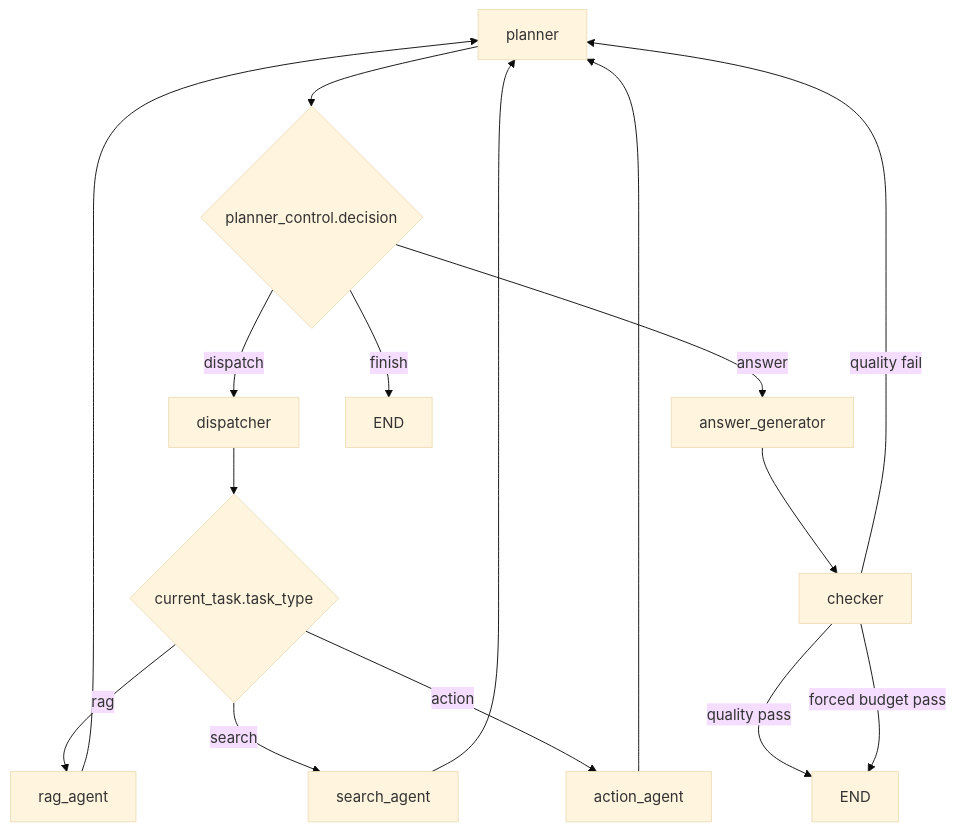
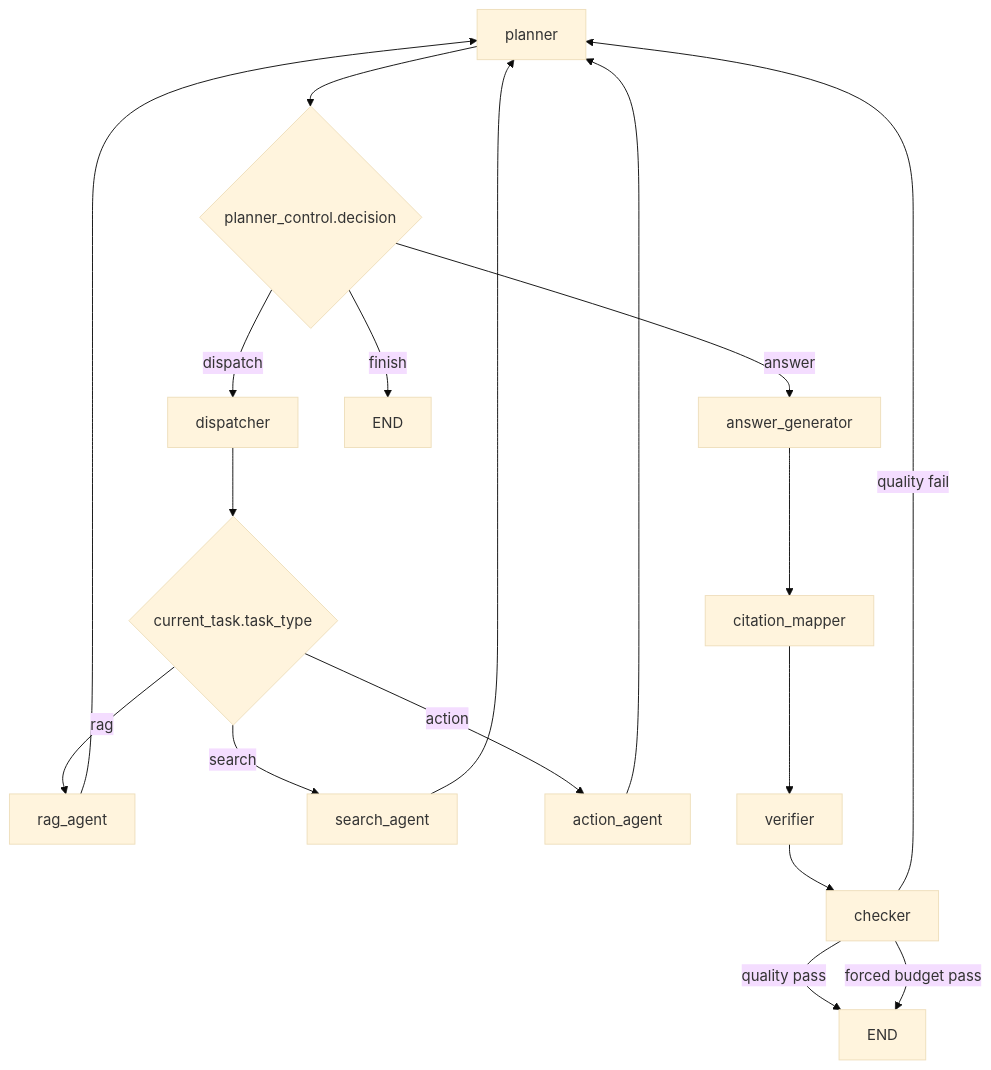
Before and after one commit to Viottery/agentic-rag: the first of 2 diagrams in docs/langgraph-workflow-visualization.md, drawn with Mermaid (base theme). The commit also changed other lines of this file and 8 other files, not shown here.

````diff
--- a/docs/langgraph-workflow-visualization.md
+++ b/docs/langgraph-workflow-visualization.md
@@ -23,21 +23,23 @@
 ```mermaid
 flowchart TD
     A[planner] --> B{planner_control.decision}
     B -->|dispatch| C[dispatcher]
     B -->|answer| G[answer_generator]
     B -->|finish| Z[END]
 
     C --> D{current_task.task_type}
     D -->|rag| E[rag_agent]
     D -->|search| F[search_agent]
     D -->|action| H[action_agent]
 
     E --> A
     F --> A
     H --> A
 
-    G --> I[checker]
-    I -->|quality pass| J[END]
-    I -->|quality fail| A
-    I -->|forced budget pass| J
+    G --> I[citation_mapper]
+    I --> J[verifier]
+    J --> K[checker]
+    K -->|quality pass| L[END]
+    K -->|quality fail| A
+    K -->|forced budget pass| L
 ```
````
